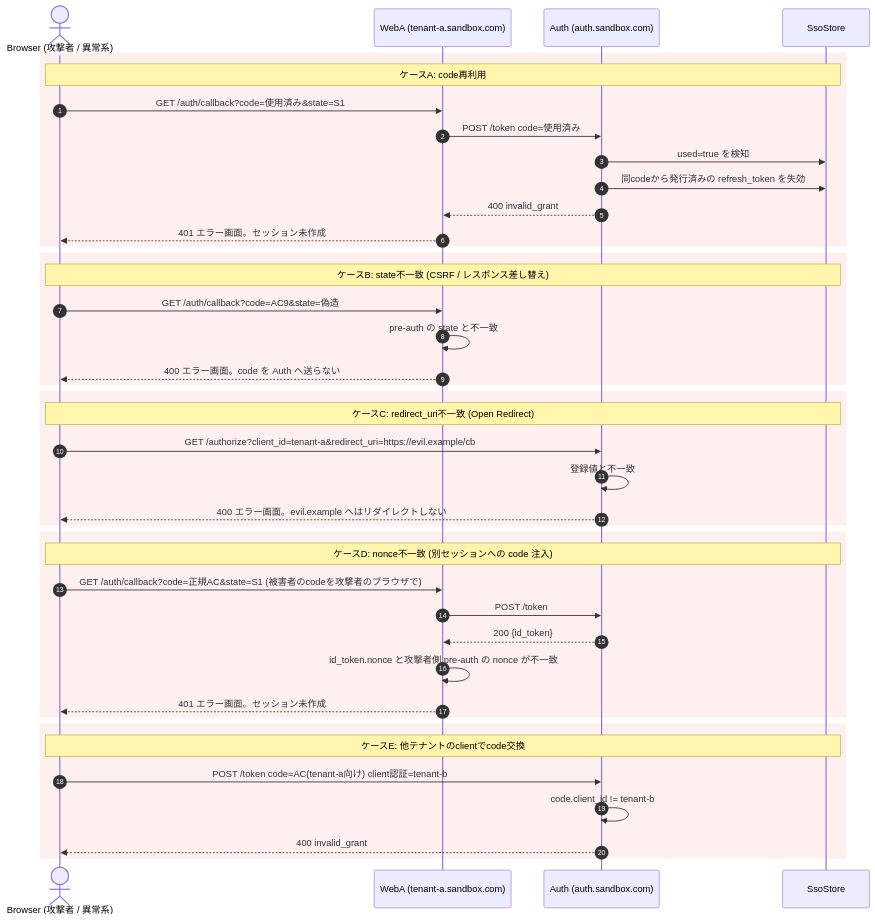
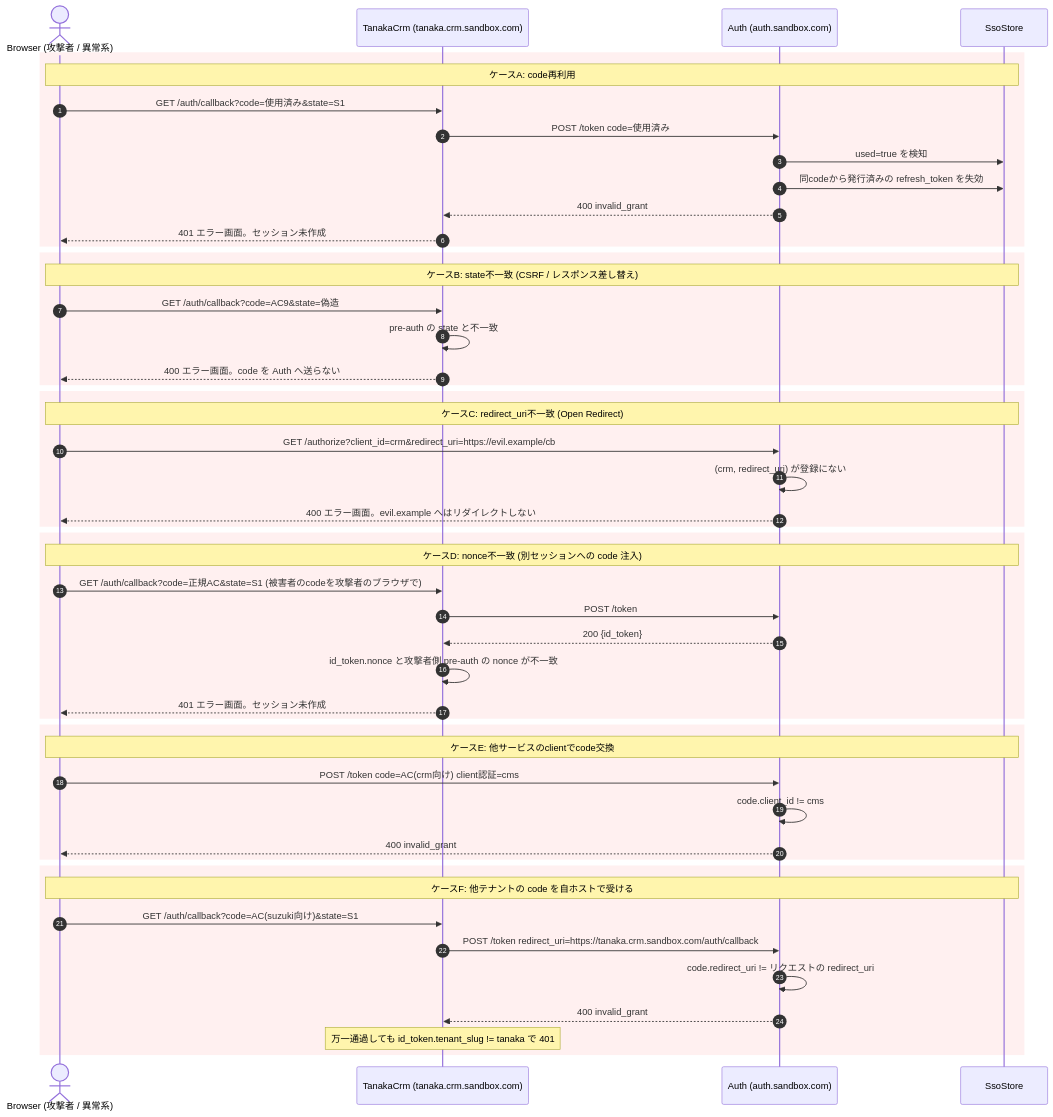
Before and after one commit to daisuke-tanabe/multi-domain-sandbox: diagram 15 of 15 in docs/design/02-auth-sequences.md, drawn with Mermaid. The commit also changed other lines of this file and 62 other files, not shown here.

````diff
--- a/docs/design/02-auth-sequences.md
+++ b/docs/design/02-auth-sequences.md
@@ -402,48 +485,57 @@
 ```mermaid
 sequenceDiagram
     autonumber
     actor Attacker as Browser (攻撃者 / 異常系)
-    participant WebA as WebA (tenant-a.sandbox.com)
+    participant TanakaCrm as TanakaCrm (tanaka.crm.sandbox.com)
     participant Auth as Auth (auth.sandbox.com)
     participant SsoStore
 
     rect rgb(255, 240, 240)
     Note over Attacker,SsoStore: ケースA: code再利用
-    Attacker->>WebA: GET /auth/callback?code=使用済み&state=S1
-    WebA->>Auth: POST /token code=使用済み
+    Attacker->>TanakaCrm: GET /auth/callback?code=使用済み&state=S1
+    TanakaCrm->>Auth: POST /token code=使用済み
     Auth->>SsoStore: used=true を検知
     Auth->>SsoStore: 同codeから発行済みの refresh_token を失効
-    Auth-->>WebA: 400 invalid_grant
-    WebA-->>Attacker: 401 エラー画面。セッション未作成
+    Auth-->>TanakaCrm: 400 invalid_grant
+    TanakaCrm-->>Attacker: 401 エラー画面。セッション未作成
     end
 
     rect rgb(255, 240, 240)
     Note over Attacker,SsoStore: ケースB: state不一致 (CSRF / レスポンス差し替え)
-    Attacker->>WebA: GET /auth/callback?code=AC9&state=偽造
-    WebA->>WebA: pre-auth の state と不一致
-    WebA-->>Attacker: 400 エラー画面。code を Auth へ送らない
+    Attacker->>TanakaCrm: GET /auth/callback?code=AC9&state=偽造
+    TanakaCrm->>TanakaCrm: pre-auth の state と不一致
+    TanakaCrm-->>Attacker: 400 エラー画面。code を Auth へ送らない
     end
 
     rect rgb(255, 240, 240)
     Note over Attacker,SsoStore: ケースC: redirect_uri不一致 (Open Redirect)
-    Attacker->>Auth: GET /authorize?client_id=tenant-a&redirect_uri=https://evil.example/cb
-    Auth->>Auth: 登録値と不一致
+    Attacker->>Auth: GET /authorize?client_id=crm&redirect_uri=https://evil.example/cb
+    Auth->>Auth: (crm, redirect_uri) が登録にない
     Auth-->>Attacker: 400 エラー画面。evil.example へはリダイレクトしない
     end
 
     rect rgb(255, 240, 240)
     Note over Attacker,SsoStore: ケースD: nonce不一致 (別セッションへの code 注入)
-    Attacker->>WebA: GET /auth/callback?code=正規AC&state=S1 (被害者のcodeを攻撃者のブラウザで)
-    WebA->>Auth: POST /token
-    Auth-->>WebA: 200 {id_token}
-    WebA->>WebA: id_token.nonce と攻撃者側 pre-auth の nonce が不一致
-    WebA-->>Attacker: 401 エラー画面。セッション未作成
+    Attacker->>TanakaCrm: GET /auth/callback?code=正規AC&state=S1 (被害者のcodeを攻撃者のブラウザで)
+    TanakaCrm->>Auth: POST /token
+    Auth-->>TanakaCrm: 200 {id_token}
+    TanakaCrm->>TanakaCrm: id_token.nonce と攻撃者側 pre-auth の nonce が不一致
+    TanakaCrm-->>Attacker: 401 エラー画面。セッション未作成
     end
 
     rect rgb(255, 240, 240)
-    Note over Attacker,SsoStore: ケースE: 他テナントのclientでcode交換
-    Attacker->>Auth: POST /token code=AC(tenant-a向け) client認証=tenant-b
-    Auth->>Auth: code.client_id != tenant-b
+    Note over Attacker,SsoStore: ケースE: 他サービスのclientでcode交換
+    Attacker->>Auth: POST /token code=AC(crm向け) client認証=cms
+    Auth->>Auth: code.client_id != cms
     Auth-->>Attacker: 400 invalid_grant
     end
+
+    rect rgb(255, 240, 240)
+    Note over Attacker,SsoStore: ケースF: 他テナントの code を自ホストで受ける
+    Attacker->>TanakaCrm: GET /auth/callback?code=AC(suzuki向け)&state=S1
+    TanakaCrm->>Auth: POST /token redirect_uri=https://tanaka.crm.sandbox.com/auth/callback
+    Auth->>Auth: code.redirect_uri != リクエストの redirect_uri
+    Auth-->>TanakaCrm: 400 invalid_grant
+    Note over TanakaCrm: 万一通過しても id_token.tenant_slug != tanaka で 401
+    end
 ```
````
